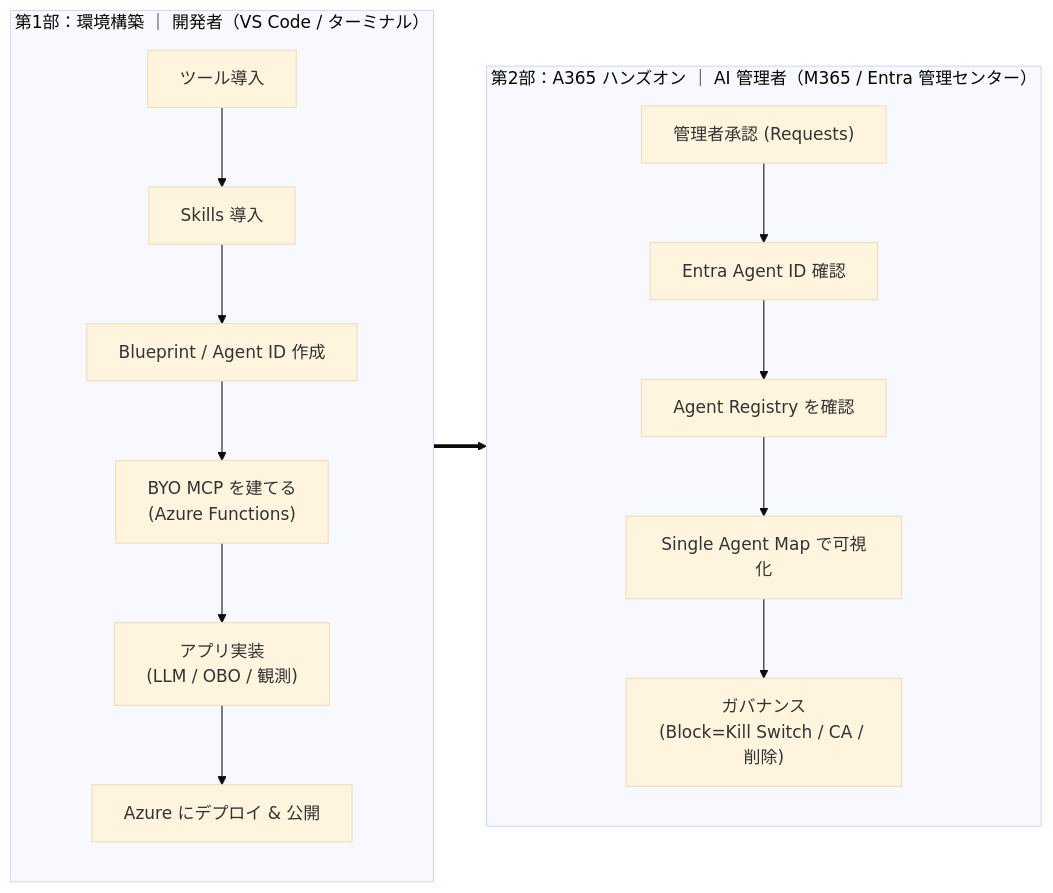
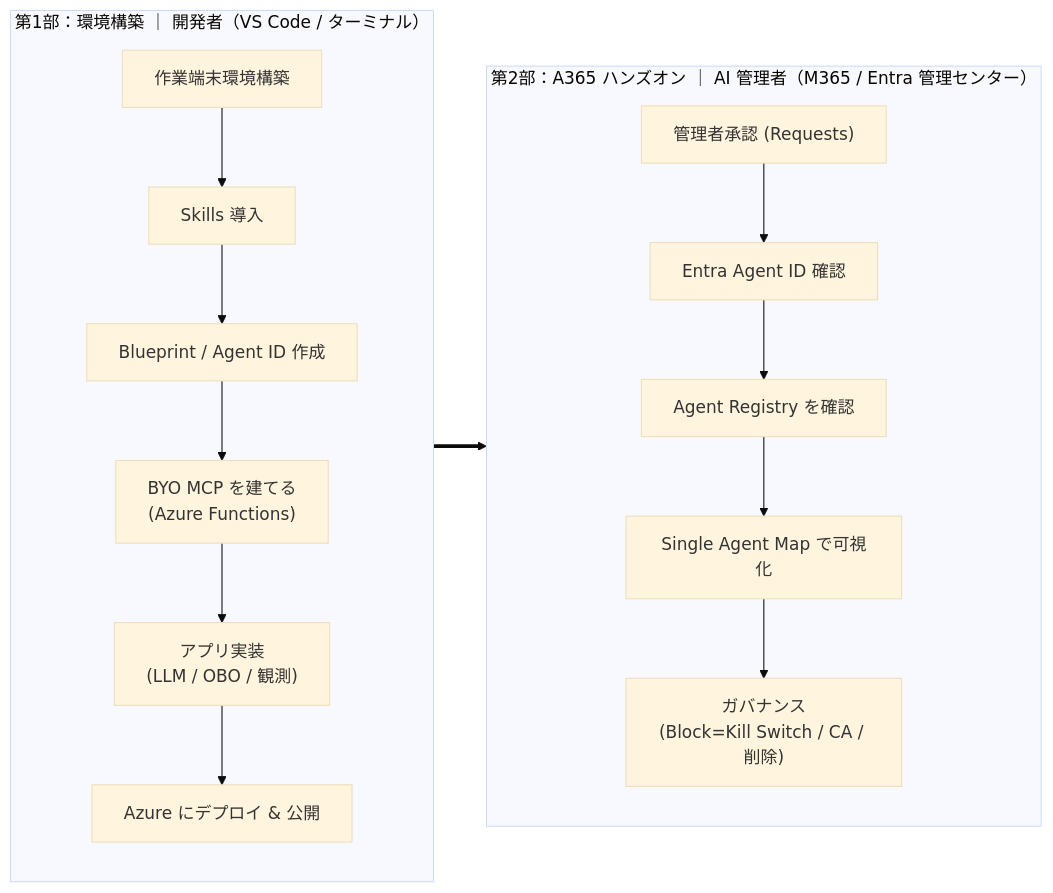
Before and after one commit to fatman3110/Agent365-Training: the diagram in README.MD, drawn with Mermaid (base theme). The commit also changed other lines of this file, not shown here.

````diff
--- a/README.MD
+++ b/README.MD
@@ -25,16 +25,16 @@
 ```mermaid
 flowchart LR
     subgraph P1["第1部：環境構築 ｜ 開発者（VS Code / ターミナル）"]
         direction TB
-        A1["ツール導入"] --> A2["Skills 導入"] --> A3["Blueprint / Agent ID 作成"]
+        A1["作業端末環境構築"] --> A2["Skills 導入"] --> A3["Blueprint / Agent ID 作成"]
         A3 --> A4["BYO MCP を建てる<br/>(Azure Functions)"] --> A5["アプリ実装<br/>(LLM / OBO / 観測)"]
         A5 --> A6["Azure にデプロイ & 公開"]
     end
     subgraph P2["第2部：A365 ハンズオン ｜ AI 管理者（M365 / Entra 管理センター）"]
         direction TB
         B1["管理者承認 (Requests)"] --> B2["Entra Agent ID 確認"]
         B2 --> B3["Agent Registry を確認"] --> B4["Single Agent Map で可視化"]
         B4 --> B5["ガバナンス<br/>(Block=Kill Switch / CA / 削除)"]
     end
     A6 ==> B1
 ```
````
